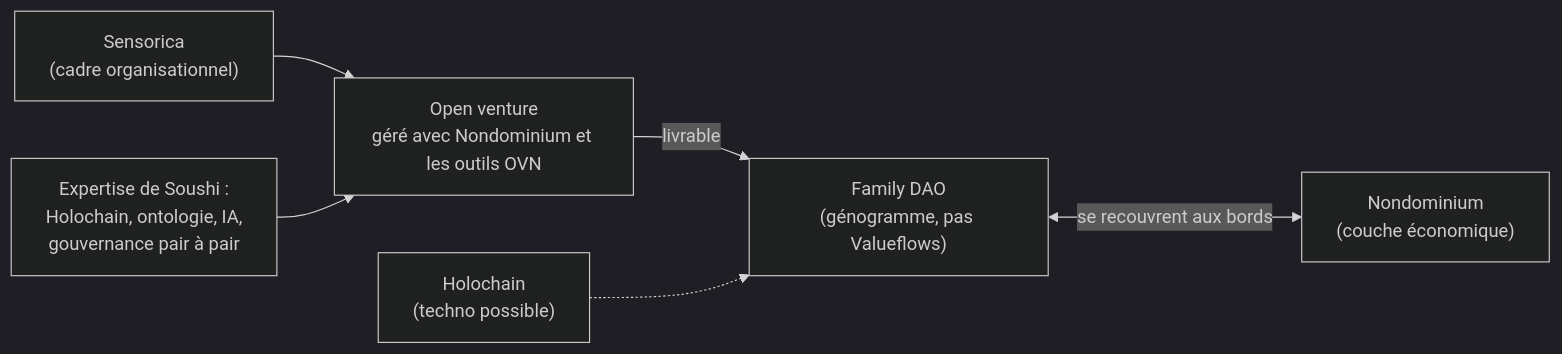
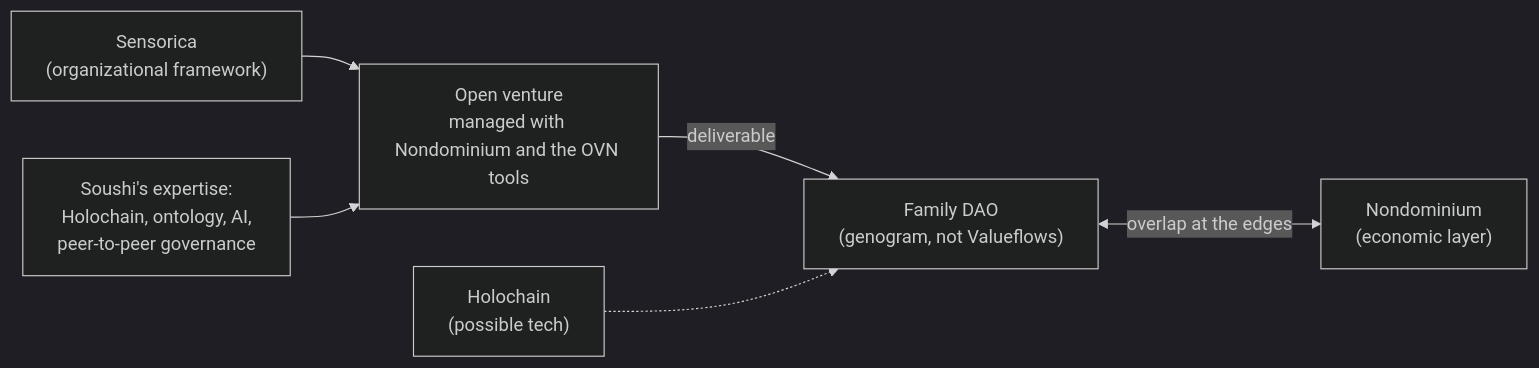
The third of 3 diagrams in content/meetings/2026-09-29-lab.md (Sensorica/nondominium-design-system), drawn with Mermaid (dark theme) before and after one commit. The commit also changed other lines of this file and 14 other files, not shown here.

````diff
--- a/content/meetings/2026-09-29-lab.md
+++ b/content/meetings/2026-09-29-lab.md
@@ -84,9 +85,9 @@
 ```mermaid
-%% caption: Family DAO, livrable d'un open venture géré avec Nondominium sans être Nondominium
+%% caption: Family DAO, deliverable of an open venture managed with Nondominium without being Nondominium
 flowchart LR
-    S["Sensorica<br/>(cadre organisationnel)"] --> V["Open venture<br/>géré avec Nondominium et les outils OVN"]
-    V -->|"livrable"| F["Family DAO<br/>(génogramme, pas Valueflows)"]
-    X["Expertise de Soushi :<br/>Holochain, ontologie, IA,<br/>gouvernance pair à pair"] --> V
-    HC["Holochain<br/>(techno possible)"] -.-> F
-    F <-->|"se recouvrent aux bords"| N["Nondominium<br/>(couche économique)"]
+    S["Sensorica<br/>(organizational framework)"] --> V["Open venture<br/>managed with Nondominium and the OVN tools"]
+    V -->|"deliverable"| F["Family DAO<br/>(genogram, not Valueflows)"]
+    X["Soushi's expertise:<br/>Holochain, ontology, AI,<br/>peer-to-peer governance"] --> V
+    HC["Holochain<br/>(possible tech)"] -.-> F
+    F <-->|"overlap at the edges"| N["Nondominium<br/>(economic layer)"]
 ```
````
